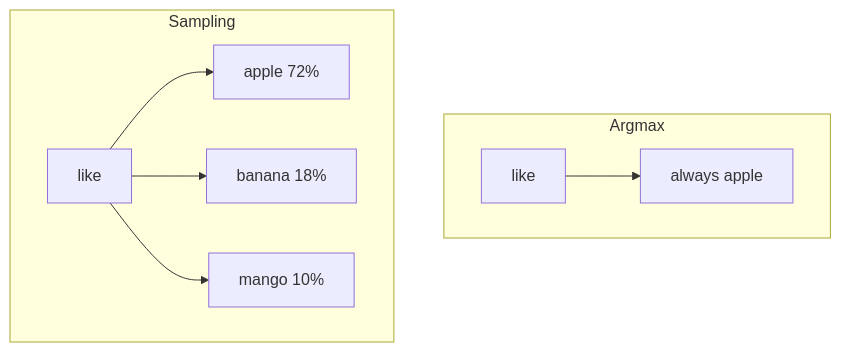
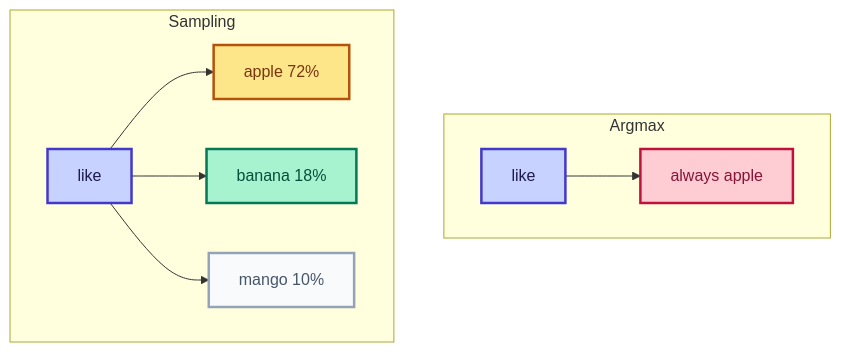
Before and after one commit to bhNibir/build-own-llm: the first of 2 diagrams in content/docs/part-02-bigram/05-sampling-vs-argmax.mdx, drawn with Mermaid. The commit also changed other lines of this file and 22 other files, not shown here.

First line of the commit message:
Refactor Mermaid and diagram styles for improved readability and consistency

````diff
--- a/content/docs/part-02-bigram/05-sampling-vs-argmax.mdx
+++ b/content/docs/part-02-bigram/05-sampling-vs-argmax.mdx
@@ -48,11 +48,16 @@
 ```mermaid
 flowchart TD
     subgraph argmax [Argmax]
-        a1["like"] --> a2["always apple"]
+        a1["like"]:::input --> a2["always apple"]:::highlight
     end
     subgraph sampling [Sampling]
-        s1["like"] --> s2["apple 72%"]
-        s1 --> s3["banana 18%"]
-        s1 --> s4["mango 10%"]
+        s1["like"]:::input --> s2["apple 72%"]:::output
+        s1 --> s3["banana 18%"]:::process
+        s1 --> s4["mango 10%"]:::dim
     end
+    classDef input fill:#C7D2FE,color:#1E1B4B,stroke:#4338CA,stroke-width:2.5px
+    classDef process fill:#A7F3D0,color:#064E3B,stroke:#047857,stroke-width:2.5px
+    classDef output fill:#FDE68A,color:#78350F,stroke:#B45309,stroke-width:2.5px
+    classDef dim fill:#F8FAFC,color:#475569,stroke:#94A3B8,stroke-width:2.5px
+    classDef highlight fill:#FECDD3,color:#881337,stroke:#BE123C,stroke-width:2.5px
 ```
````
